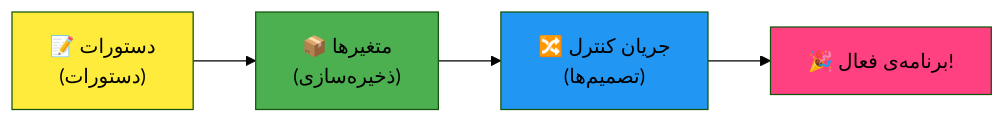
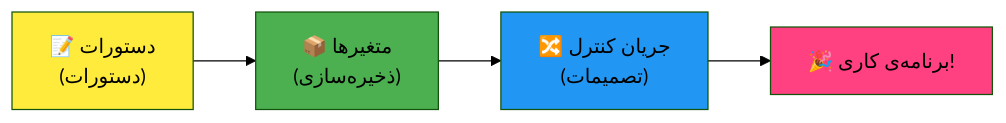
One commit to microsoft/Web-Dev-For-Beginners changed the fourth of 7 diagrams in translations/fa/1-getting-started-lessons/1-intro-to-programming-languages/README.md. Above: the diagram before and after it, drawn with Mermaid (forest theme). The commit also changed other lines of this file and 8 other files, not shown here.

````diff
--- a/translations/fa/1-getting-started-lessons/1-intro-to-programming-languages/README.md
+++ b/translations/fa/1-getting-started-lessons/1-intro-to-programming-languages/README.md
@@ -465,9 +466,9 @@
 ```mermaid
 flowchart LR
-    A["📝 دستورات<br/>(دستورات)"] --> B["📦 متغیرها<br/>(ذخیره‌سازی)"] --> C["🔀 جریان کنترل<br/>(تصمیم‌ها)"] --> D["🎉 برنامه‌ی فعال!"]
+    A["📝 دستورات<br/>(دستورات)"] --> B["📦 متغیرها<br/>(ذخیره‌سازی)"] --> C["🔀 جریان کنترل<br/>(تصمیمات)"] --> D["🎉 برنامه‌ی کاری!"]
     
     style A fill:#ffeb3b
     style B fill:#4caf50
     style C fill:#2196f3
     style D fill:#ff4081
 ```  
````
